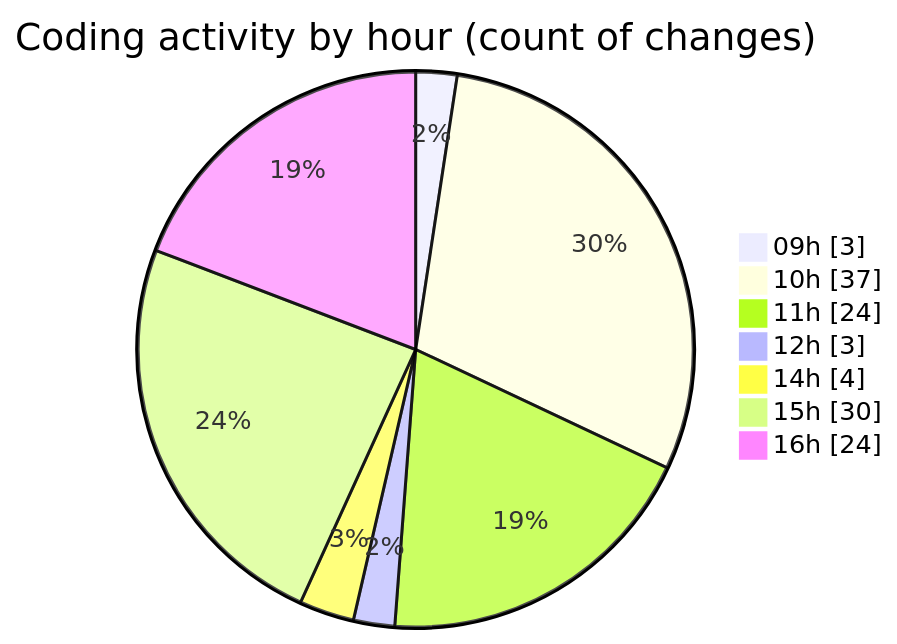
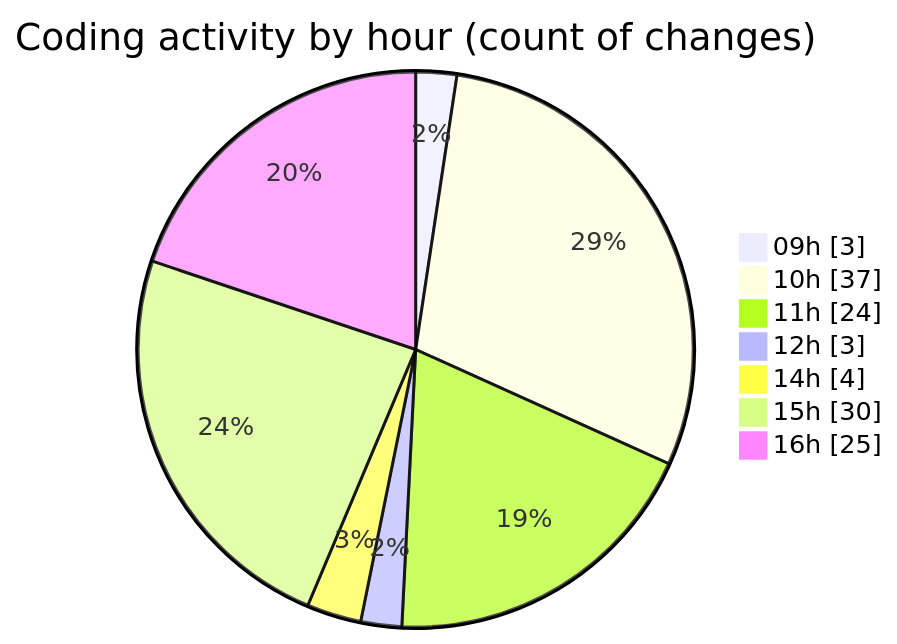
Before and after one commit to CELIANVF/code-tracking: the second of 2 diagrams in 2025-05-02/ecodeli/README.md, drawn with Mermaid. The commit also changed other lines of this file and 1 other file, not shown here.

````diff
--- a/2025-05-02/ecodeli/README.md
+++ b/2025-05-02/ecodeli/README.md
@@ -82,11 +83,11 @@
 ```mermaid
 pie showData
 title Coding activity by hour (count of changes)
 "09h" : 3
 "10h" : 37
 "11h" : 24
 "12h" : 3
 "14h" : 4
 "15h" : 30
-"16h" : 24
+"16h" : 25
 ```
````
